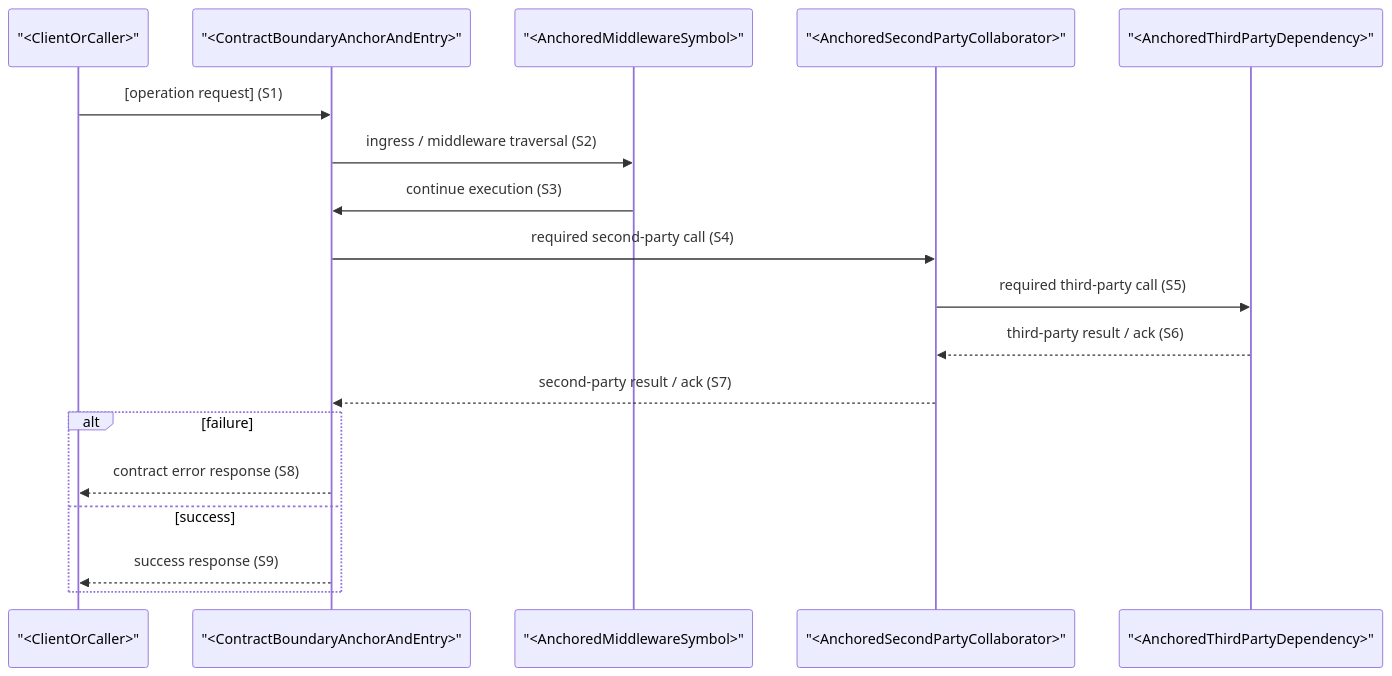
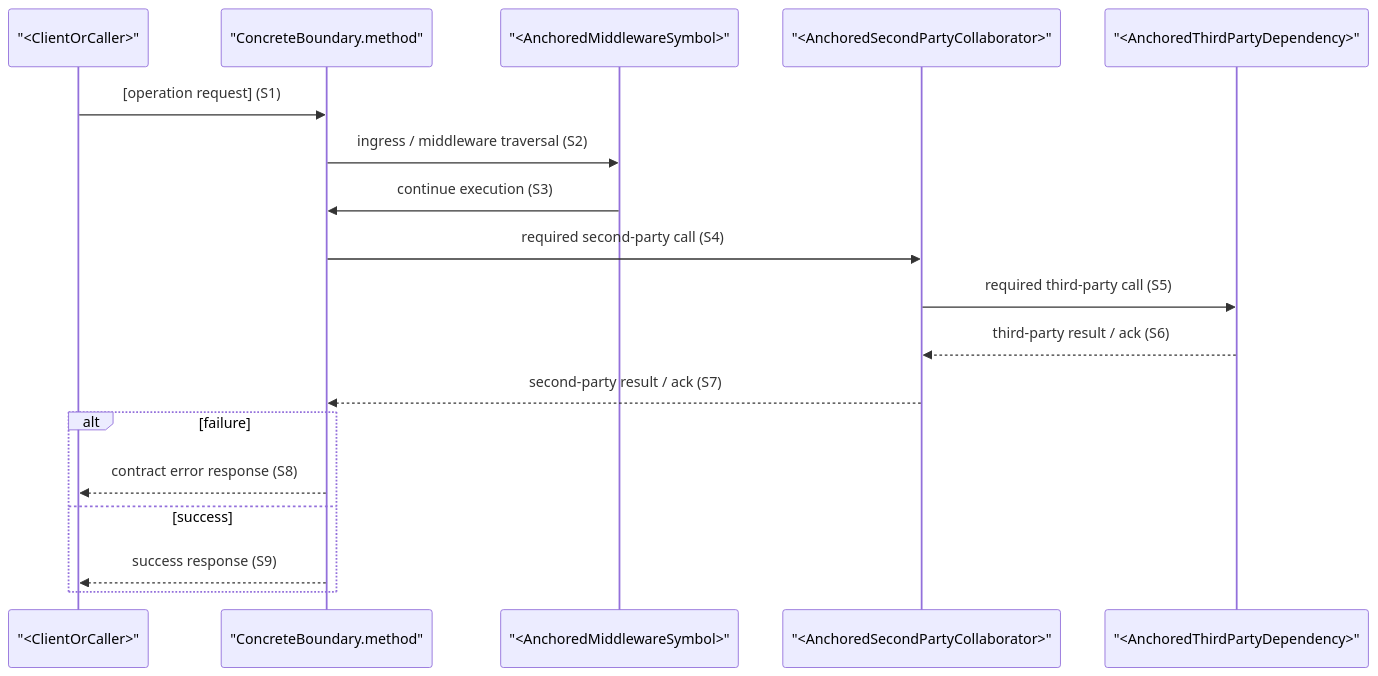
The fourth of 4 diagrams in templates/contract-template.md (bigsmartben/sdd), drawn with Mermaid before and after one commit. The commit also changed other lines of this file and 39 other files, not shown here.

````diff
--- a/templates/contract-template.md
+++ b/templates/contract-template.md
@@ -295,21 +242,21 @@
 ```mermaid
 sequenceDiagram
     participant Initiator as "<ClientOrCaller>"
-    participant Boundary as "<ContractBoundaryAnchorAndEntry>"
+    participant Boundary as "ConcreteBoundary.method"
     participant Middleware as "<AnchoredMiddlewareSymbol>"
     participant SecondParty as "<AnchoredSecondPartyCollaborator>"
     participant ThirdParty as "<AnchoredThirdPartyDependency>"
 
     Initiator->>Boundary: [operation request] (S1)
     Boundary->>Middleware: ingress / middleware traversal (S2)
     Middleware->>Boundary: continue execution (S3)
     Boundary->>SecondParty: required second-party call (S4)
     SecondParty->>ThirdParty: required third-party call (S5)
     ThirdParty-->>SecondParty: third-party result / ack (S6)
     SecondParty-->>Boundary: second-party result / ack (S7)
     alt failure
         Boundary-->>Initiator: contract error response (S8)
     else success
         Boundary-->>Initiator: success response (S9)
     end
 ```
````
